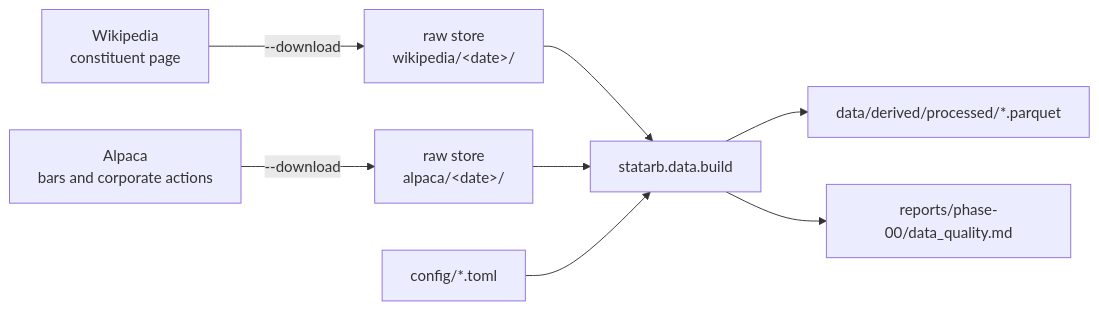
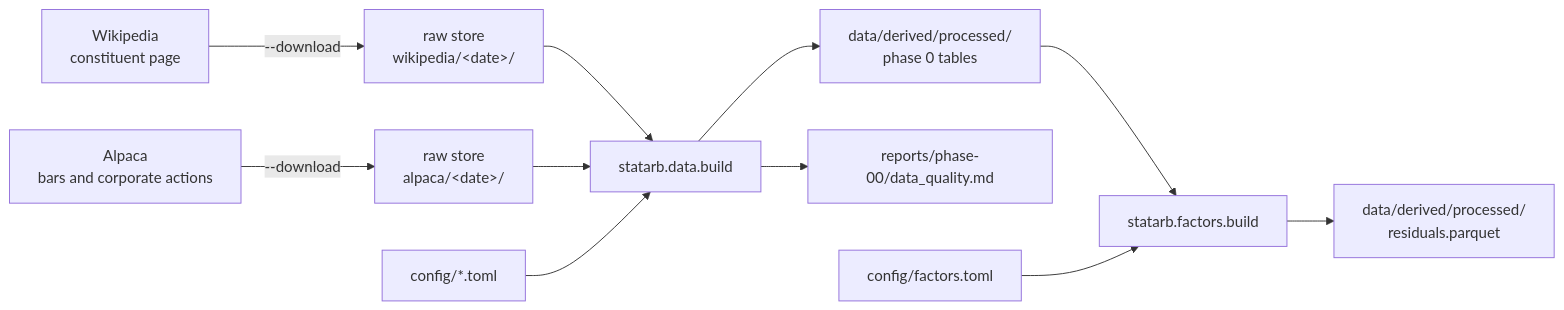
The diagram in docs/architecture.md (tcrossland/stat-arb-from-scratch), drawn with Mermaid before and after one commit. The commit also changed other lines of this file and 13 other files, not shown here.

````diff
--- a/docs/architecture.md
+++ b/docs/architecture.md
@@ -7,10 +7,13 @@
 ```mermaid
 flowchart LR
     W["Wikipedia<br/>constituent page"] -->|--download| RW["raw store<br/>wikipedia/&lt;date&gt;/"]
     A["Alpaca<br/>bars and corporate actions"] -->|--download| RA["raw store<br/>alpaca/&lt;date&gt;/"]
     RW --> B["statarb.data.build"]
     RA --> B
     C["config/*.toml"] --> B
-    B --> P["data/derived/processed/*.parquet"]
+    B --> P["data/derived/processed/<br/>phase 0 tables"]
     B --> Q["reports/phase-00/data_quality.md"]
+    P --> F["statarb.factors.build"]
+    CF["config/factors.toml"] --> F
+    F --> RS["data/derived/processed/<br/>residuals.parquet"]
 ```
````
